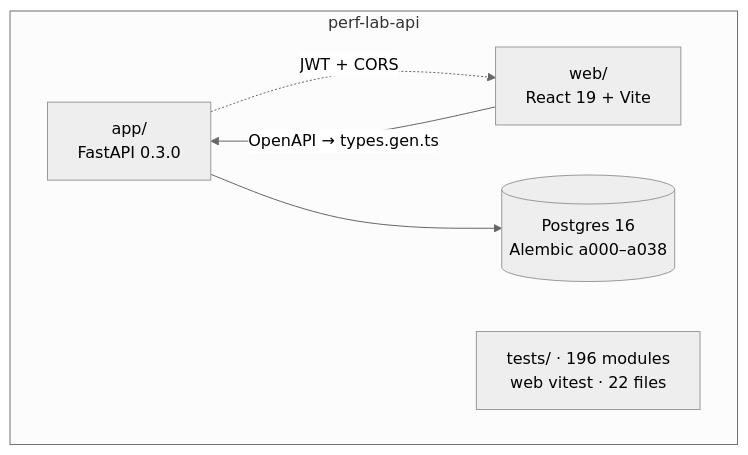
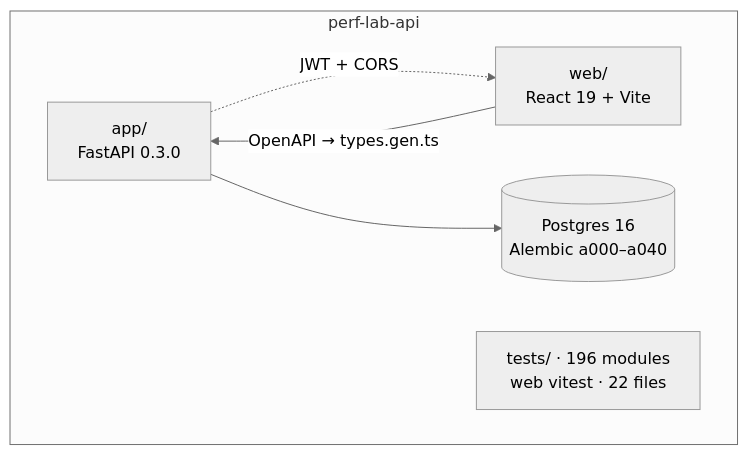
One commit to Nalakram/perf-lab-api changed the third of 4 diagrams in README.md. Above: the diagram before and after it, drawn with Mermaid (neutral theme). The commit also changed 4 other files, not shown here.

````diff
--- a/README.md
+++ b/README.md
@@ -88,13 +88,13 @@
 ```mermaid
 flowchart TB
   subgraph mono["perf-lab-api"]
     direction LR
     API["app/<br/>FastAPI 0.3.0"]
     WEB["web/<br/>React 19 + Vite"]
-    DB[(Postgres 16<br/>Alembic a000–a038)]
+    DB[(Postgres 16<br/>Alembic a000–a040)]
     T["tests/ · 196 modules<br/>web vitest · 22 files"]
   end
   WEB -->|OpenAPI → types.gen.ts| API
   API --> DB
   API -.->|JWT + CORS| WEB
 ```
````
